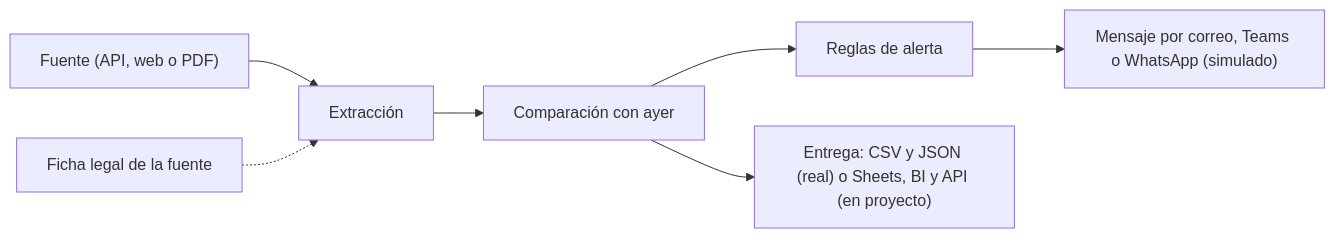
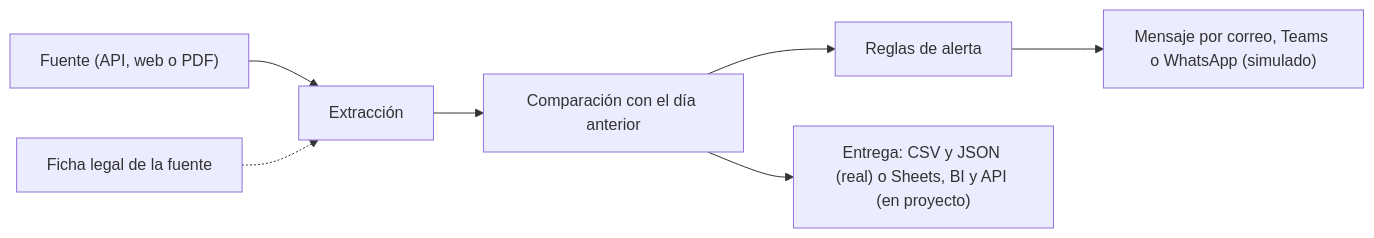
Before and after one commit to ronalc90/koptup: the first of 2 diagrams in docs/wiki/Guia-Demo-scraping.md, drawn with Mermaid. The commit also changed other lines of this file and 36 other files, not shown here.

````diff
--- a/docs/wiki/Guia-Demo-scraping.md
+++ b/docs/wiki/Guia-Demo-scraping.md
@@ -25,9 +27,9 @@
 ```mermaid
 flowchart LR
     F["Fuente (API, web o PDF)"] --> E["Extracción"]
-    E --> C["Comparación con ayer"]
+    E --> C["Comparación con el día anterior"]
     C --> R["Reglas de alerta"]
     R --> A["Mensaje por correo, Teams o WhatsApp (simulado)"]
     C --> D["Entrega: CSV y JSON (real) o Sheets, BI y API (en proyecto)"]
     L["Ficha legal de la fuente"] -.-> E
 ```
````
